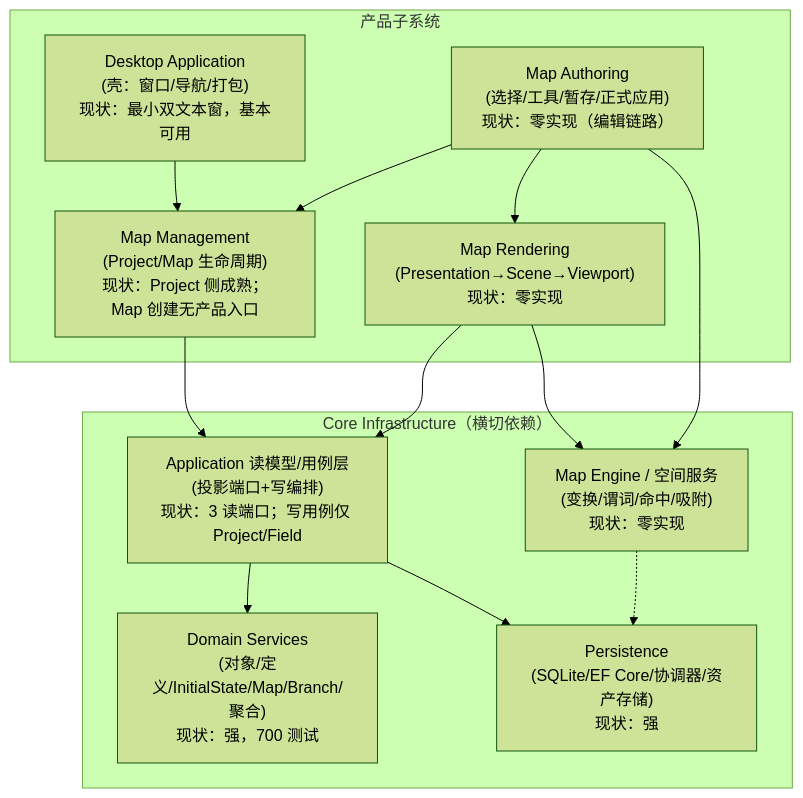
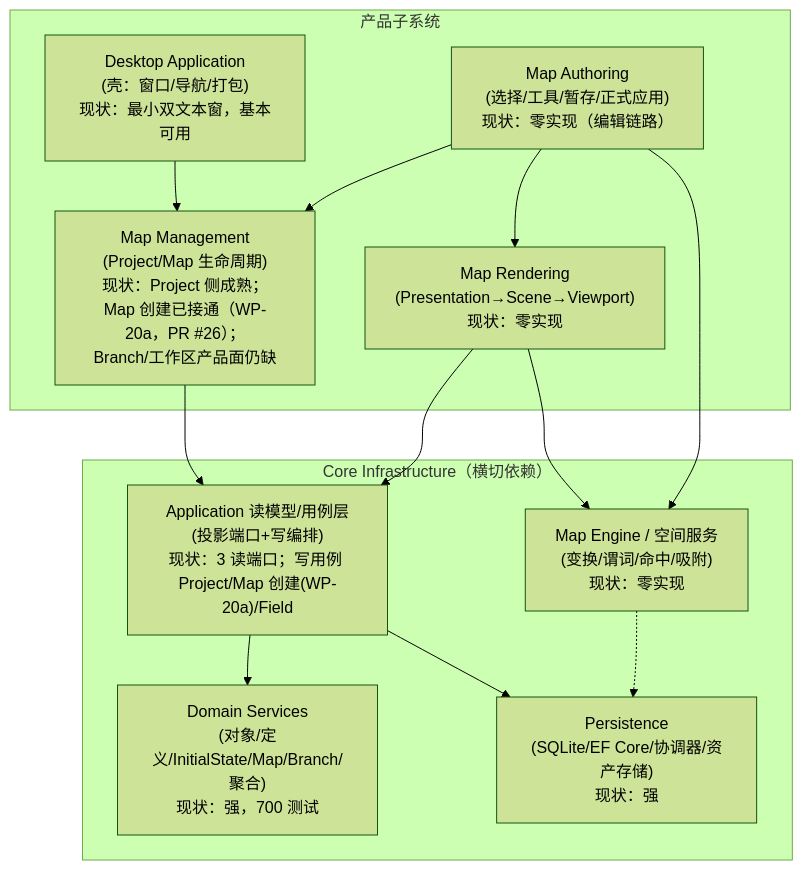
Before and after one commit to luqizheng/worldview: the first of 3 diagrams in docs/implementation/wp-00-inventory/IMPLEMENTATION_DEPENDENCY_GRAPH.md, drawn with Mermaid (forest theme). The commit also changed other lines of this file and 6 other files, not shown here.

````diff
--- a/docs/implementation/wp-00-inventory/IMPLEMENTATION_DEPENDENCY_GRAPH.md
+++ b/docs/implementation/wp-00-inventory/IMPLEMENTATION_DEPENDENCY_GRAPH.md
@@ -7,27 +7,27 @@
 ```mermaid
 graph TD
     subgraph Product["产品子系统"]
         DESKTOP["Desktop Application<br/>(壳：窗口/导航/打包)<br/>现状：最小双文本窗，基本可用"]
-        MAPMGMT["Map Management<br/>(Project/Map 生命周期)<br/>现状：Project 侧成熟；Map 创建无产品入口"]
+        MAPMGMT["Map Management<br/>(Project/Map 生命周期)<br/>现状：Project 侧成熟；Map 创建已接通（WP-20a，PR #26）；<br/>Branch/工作区产品面仍缺"]
         RENDER["Map Rendering<br/>(Presentation→Scene→Viewport)<br/>现状：零实现"]
         AUTHOR["Map Authoring<br/>(选择/工具/暂存/正式应用)<br/>现状：零实现（编辑链路）"]
     end
 
     subgraph Core["Core Infrastructure（横切依赖）"]
         DOMAIN["Domain Services<br/>(对象/定义/InitialState/Map/Branch/聚合)<br/>现状：强，700 测试"]
         PERSIST["Persistence<br/>(SQLite/EF Core/协调器/资产存储)<br/>现状：强"]
-        READMODEL["Application 读模型/用例层<br/>(投影端口+写编排)<br/>现状：3 读端口；写用例仅 Project/Field"]
+        READMODEL["Application 读模型/用例层<br/>(投影端口+写编排)<br/>现状：3 读端口；写用例 Project/Map 创建(WP-20a)/Field"]
         SPATIAL["Map Engine / 空间服务<br/>(变换/谓词/命中/吸附)<br/>现状：零实现"]
     end
 
     DESKTOP --> MAPMGMT
     MAPMGMT --> READMODEL
     RENDER --> READMODEL
     RENDER --> SPATIAL
     AUTHOR --> RENDER
     AUTHOR --> MAPMGMT
     AUTHOR --> SPATIAL
     READMODEL --> DOMAIN
     READMODEL --> PERSIST
     SPATIAL -.-> PERSIST
 ```
````
